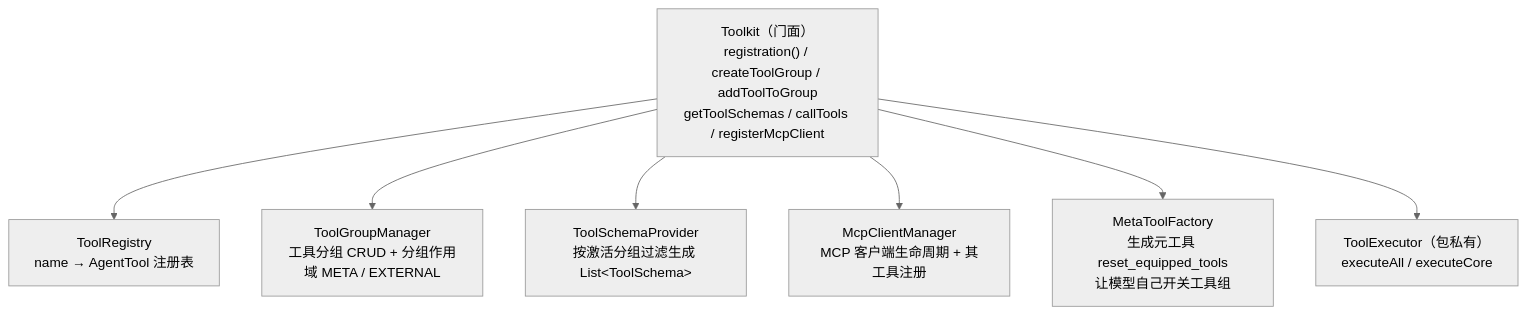
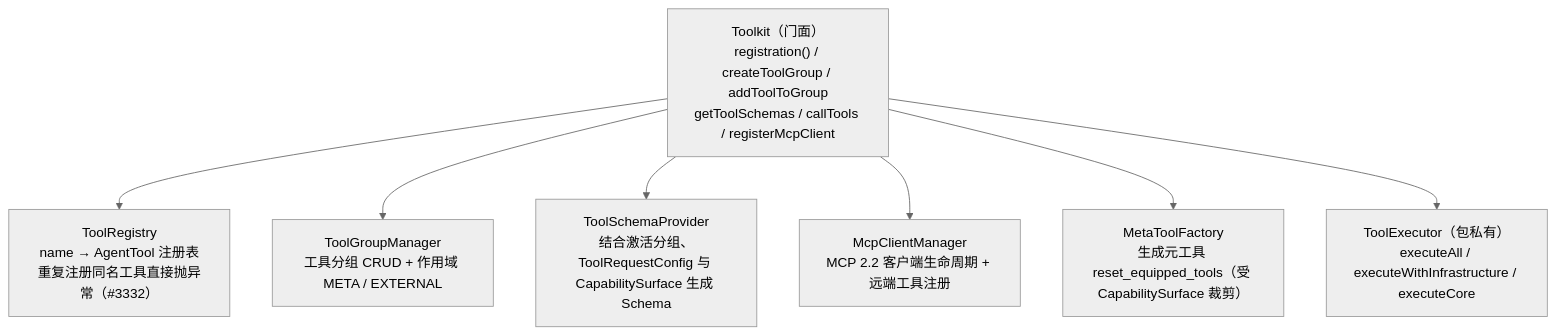
One commit to liulangjietou/AgentScope-source-analysis changed the first of 2 diagrams in 04-工具系统.md. Above: the diagram before and after it, drawn with Mermaid (neutral theme). The commit also changed other lines of this file and 14 other files, not shown here.

````diff
--- a/04-工具系统.md
+++ b/04-工具系统.md
@@ -10,10 +10,10 @@
 ```mermaid
 flowchart TB
     TK["Toolkit（门面）<br/>registration() / createToolGroup / addToolToGroup<br/>getToolSchemas / callTools / registerMcpClient"]
-    TK --> REG["ToolRegistry<br/>name → AgentTool 注册表"]
-    TK --> GRP["ToolGroupManager<br/>工具分组 CRUD + 分组作用域 META / EXTERNAL"]
-    TK --> SP["ToolSchemaProvider<br/>按激活分组过滤生成 List&lt;ToolSchema&gt;"]
-    TK --> MCPM["McpClientManager<br/>MCP 客户端生命周期 + 其工具注册"]
-    TK --> META["MetaToolFactory<br/>生成元工具 reset_equipped_tools<br/>让模型自己开关工具组"]
-    TK --> EXEC["ToolExecutor（包私有）<br/>executeAll / executeCore"]
+    TK --> REG["ToolRegistry<br/>name → AgentTool 注册表<br/>重复注册同名工具直接抛异常（#3332）"]
+    TK --> GRP["ToolGroupManager<br/>工具分组 CRUD + 作用域 META / EXTERNAL"]
+    TK --> SP["ToolSchemaProvider<br/>结合激活分组、ToolRequestConfig 与 CapabilitySurface 生成 Schema"]
+    TK --> MCPM["McpClientManager<br/>MCP 2.2 客户端生命周期 + 远端工具注册"]
+    TK --> META["MetaToolFactory<br/>生成元工具 reset_equipped_tools（受 CapabilitySurface 裁剪）"]
+    TK --> EXEC["ToolExecutor（包私有）<br/>executeAll / executeWithInfrastructure / executeCore"]
 ```
````
